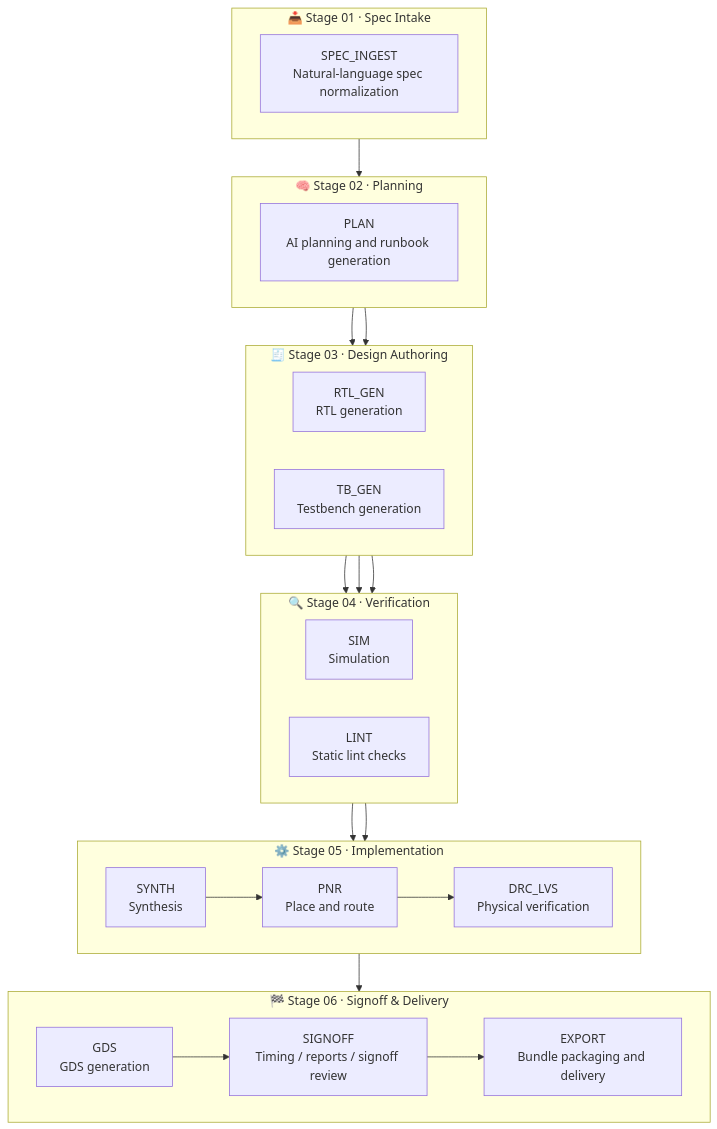
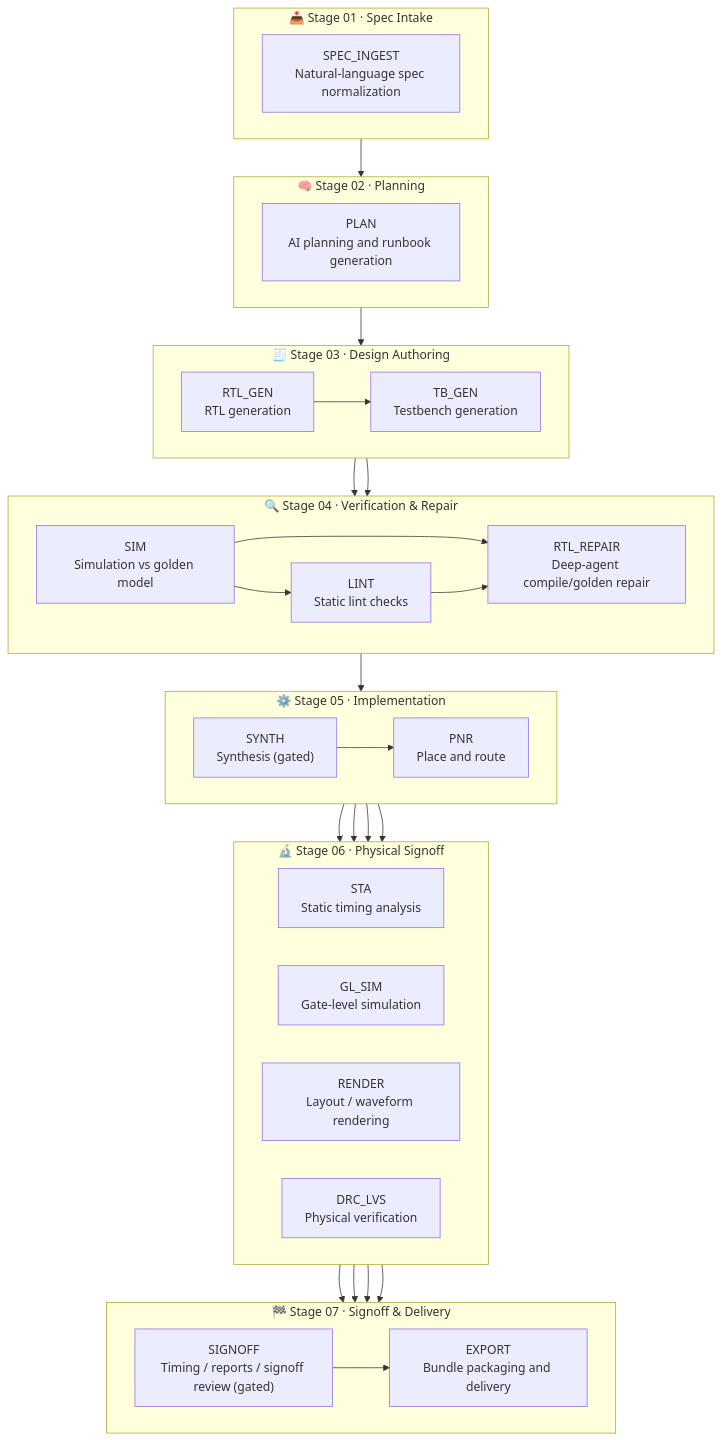
The second of 2 diagrams in README.md (radhian/Chip-Orchestra), drawn with Mermaid before and after one commit. The commit also changed other lines of this file, not shown here.

````diff
--- a/README.md
+++ b/README.md
@@ -128,52 +128,65 @@
 ```mermaid
 flowchart TB
     subgraph STAGE1["📥 Stage 01 · Spec Intake"]
         direction LR
         SPEC_INGEST["SPEC_INGEST\nNatural-language spec normalization"]
     end
 
     subgraph STAGE2["🧠 Stage 02 · Planning"]
         direction LR
         PLAN["PLAN\nAI planning and runbook generation"]
     end
 
     subgraph STAGE3["🧾 Stage 03 · Design Authoring"]
         direction LR
         RTL_GEN["RTL_GEN\nRTL generation"]
         TB_GEN["TB_GEN\nTestbench generation"]
     end
 
-    subgraph STAGE4["🔍 Stage 04 · Verification"]
+    subgraph STAGE4["🔍 Stage 04 · Verification & Repair"]
         direction LR
-        SIM["SIM\nSimulation"]
+        SIM["SIM\nSimulation vs golden model"]
         LINT["LINT\nStatic lint checks"]
+        RTL_REPAIR["RTL_REPAIR\nDeep-agent compile/golden repair"]
     end
 
     subgraph STAGE5["⚙️ Stage 05 · Implementation"]
         direction LR
-        SYNTH["SYNTH\nSynthesis"]
+        SYNTH["SYNTH\nSynthesis (gated)"]
         PNR["PNR\nPlace and route"]
+    end
+
+    subgraph STAGE6["🔬 Stage 06 · Physical Signoff"]
+        direction LR
+        STA["STA\nStatic timing analysis"]
+        GL_SIM["GL_SIM\nGate-level simulation"]
+        RENDER["RENDER\nLayout / waveform rendering"]
         DRC_LVS["DRC_LVS\nPhysical verification"]
     end
 
-    subgraph STAGE6["🏁 Stage 06 · Signoff & Delivery"]
+    subgraph STAGE7["🏁 Stage 07 · Signoff & Delivery"]
         direction LR
-        GDS["GDS\nGDS generation"]
-        SIGNOFF["SIGNOFF\nTiming / reports / signoff review"]
+        SIGNOFF["SIGNOFF\nTiming / reports / signoff review (gated)"]
         EXPORT["EXPORT\nBundle packaging and delivery"]
     end
 
     SPEC_INGEST --> PLAN
     PLAN --> RTL_GEN
-    PLAN --> TB_GEN
+    RTL_GEN --> TB_GEN
     RTL_GEN --> SIM
     TB_GEN --> SIM
-    RTL_GEN --> LINT
-    SIM --> SYNTH
-    LINT --> SYNTH
+    SIM --> LINT
+    SIM --> RTL_REPAIR
+    LINT --> RTL_REPAIR
+    RTL_REPAIR --> SYNTH
     SYNTH --> PNR
+    PNR --> STA
+    PNR --> GL_SIM
+    PNR --> RENDER
     PNR --> DRC_LVS
-    DRC_LVS --> GDS
-    GDS --> SIGNOFF
+    STA --> SIGNOFF
+    GL_SIM --> SIGNOFF
+    RENDER --> SIGNOFF
+    DRC_LVS --> SIGNOFF
     SIGNOFF --> EXPORT
 ```
````
